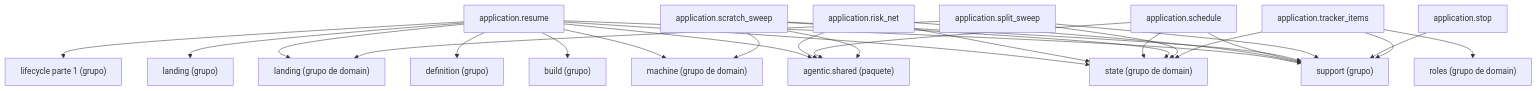
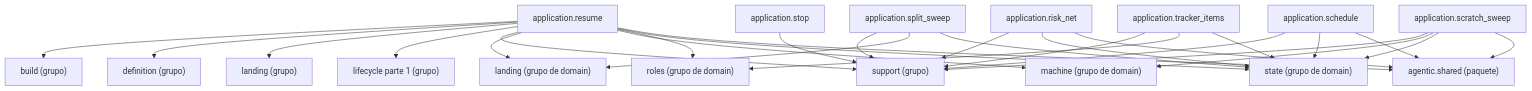
The diagram in docs/architecture/generated/packages-process-application-lifecycle-2.md (GonzaloZevallos/agentic-system), drawn with Mermaid before and after one commit. The commit also changed 6 other files, not shown here.

````diff
--- a/docs/architecture/generated/packages-process-application-lifecycle-2.md
+++ b/docs/architecture/generated/packages-process-application-lifecycle-2.md
@@ -16,46 +16,47 @@
 ```mermaid
 graph TD
     g_application__build["build (grupo)"]
     g_application__definition["definition (grupo)"]
     g_application__landing["landing (grupo)"]
     g_application__lifecycle__1["lifecycle parte 1 (grupo)"]
     g_application__support["support (grupo)"]
     g_domain__landing["landing (grupo de domain)"]
     g_domain__machine["machine (grupo de domain)"]
     g_domain__roles["roles (grupo de domain)"]
     g_domain__state["state (grupo de domain)"]
     g_pkg__agentic__shared["agentic.shared (paquete)"]
     m_application__resume["application.resume"]
     m_application__risk_net["application.risk_net"]
     m_application__schedule["application.schedule"]
     m_application__scratch_sweep["application.scratch_sweep"]
     m_application__split_sweep["application.split_sweep"]
     m_application__stop["application.stop"]
     m_application__tracker_items["application.tracker_items"]
     m_application__resume --> g_application__build
     m_application__resume --> g_application__definition
     m_application__resume --> g_application__landing
     m_application__resume --> g_application__lifecycle__1
     m_application__resume --> g_application__support
     m_application__resume --> g_domain__landing
     m_application__resume --> g_domain__machine
+    m_application__resume --> g_domain__roles
     m_application__resume --> g_domain__state
     m_application__resume --> g_pkg__agentic__shared
     m_application__risk_net --> g_application__support
     m_application__risk_net --> g_domain__state
     m_application__risk_net --> g_pkg__agentic__shared
     m_application__schedule --> g_application__support
     m_application__schedule --> g_domain__state
     m_application__schedule --> g_pkg__agentic__shared
     m_application__scratch_sweep --> g_application__support
     m_application__scratch_sweep --> g_domain__machine
     m_application__scratch_sweep --> g_domain__state
     m_application__scratch_sweep --> g_pkg__agentic__shared
     m_application__split_sweep --> g_application__support
     m_application__split_sweep --> g_domain__landing
     m_application__split_sweep --> g_domain__state
     m_application__stop --> g_application__support
     m_application__tracker_items --> g_application__support
     m_application__tracker_items --> g_domain__roles
     m_application__tracker_items --> g_domain__state
 ```
````
